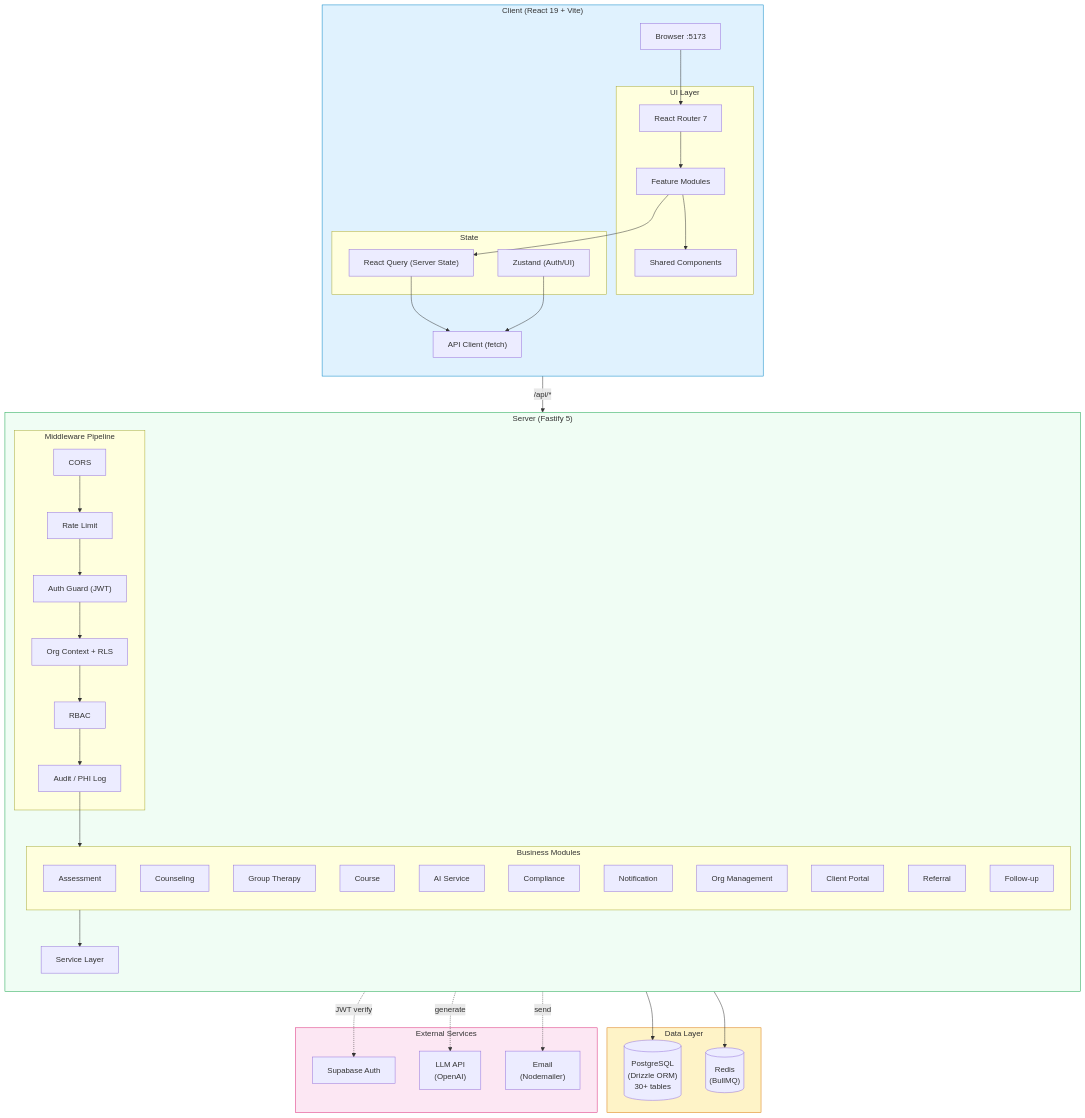
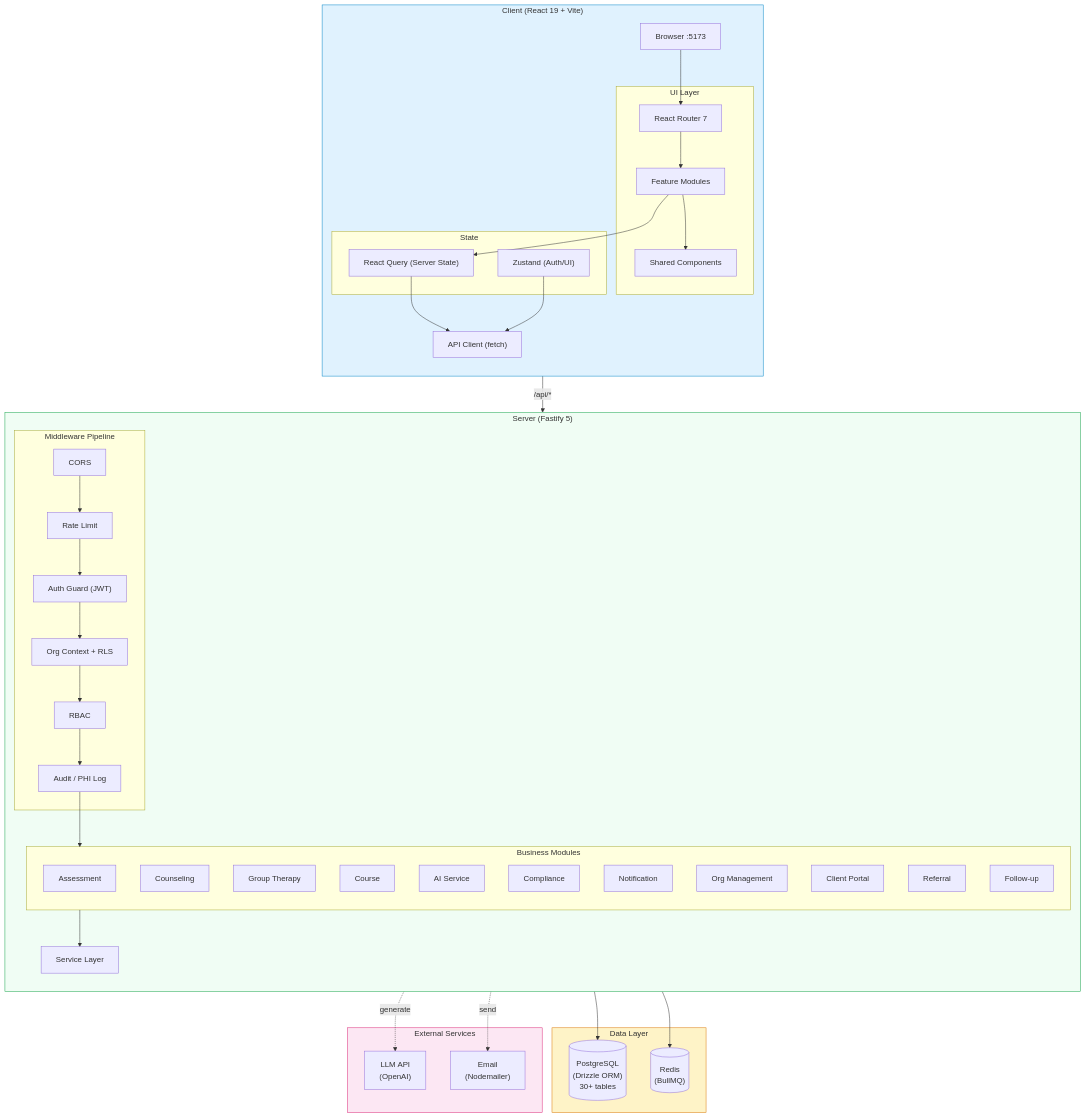
The first of 6 diagrams in docs/architecture.md (BABY-H1/psynote), drawn with Mermaid before and after one commit. The commit also changed other lines of this file and 1 other file, not shown here.

Commit message:
docs(architecture): system-design.md 详细版 + 清理 architecture.md 残留 Supabase 引用
历史 architecture.md 是 Q1 之前画的, 已过时 ("30+ tables" 实际 75 / 提到
Supabase Auth 但项目早已迁回自建 JWT). 完整重写整理在新文档.

新增 docs/architecture/system-design.md (913 行):
- 全栈架构 (4 层) + ASCII 图
- OrgType 矩阵 + 横向平台 4 条架构原则 (psynote 是面向心理服务单位的横向
  平台, 不只是咨询机构 SaaS)
- 75 张表全列 + 按 16 个域分组
- 28 个 server module / 33 个 AI pipeline / 26 个 server 模块
- 角色 V2 模型 (5 OrgType × N roles + Principal class)
- 跨切关注点 (PHI 留痕 / AI 水印 / 审计 / 数据范围)
- 4 个端到端流程图 (主链路 / 危机处置 / 家长绑定 / 转介双向)
- 已知工程债 / 单一事实源指引

更新 docs/architecture.md:
- 删 mermaid External 子图里的 Supabase Auth 节点 + Auth→Supabase 连线
- tech stack 表 Auth 行: "Supabase Auth (JWT)" → "自建 JWT (bcrypt + jsonwebtoken)"
- (与 server/src/db/migrations/006-self-auth.ts 实际状态对齐)

旧 architecture.md 暂保留 (作为历史 mermaid 视图), 新文档顶部声明 single
source of truth.

````diff
--- a/docs/architecture.md
+++ b/docs/architecture.md
@@ -5,79 +5,77 @@
 ```mermaid
 graph TB
     subgraph Client["Client (React 19 + Vite)"]
         direction TB
         Browser["Browser :5173"]
         subgraph UI["UI Layer"]
             Router["React Router 7"]
             Features["Feature Modules"]
             Shared["Shared Components"]
         end
         subgraph ClientState["State"]
             Zustand["Zustand (Auth/UI)"]
             RQ["React Query (Server State)"]
         end
         ApiClient["API Client (fetch)"]
     end
 
     subgraph Server["Server (Fastify 5)"]
         direction TB
         subgraph Middleware["Middleware Pipeline"]
             CORS["CORS"]
             RateLimit["Rate Limit"]
             Auth["Auth Guard (JWT)"]
             OrgCtx["Org Context + RLS"]
             RBAC["RBAC"]
             Audit["Audit / PHI Log"]
         end
         subgraph Modules["Business Modules"]
             Assessment["Assessment"]
             Counseling["Counseling"]
             Group["Group Therapy"]
             Course["Course"]
             AI["AI Service"]
             Compliance["Compliance"]
             Notification["Notification"]
             OrgMod["Org Management"]
             ClientPortal["Client Portal"]
             Referral["Referral"]
             FollowUp["Follow-up"]
         end
         Services["Service Layer"]
     end
 
     subgraph Data["Data Layer"]
         PG[("PostgreSQL\n(Drizzle ORM)\n30+ tables")]
         Redis[("Redis\n(BullMQ)")]
     end
 
     subgraph External["External Services"]
-        Supabase["Supabase Auth"]
         LLM["LLM API\n(OpenAI)"]
         Email["Email\n(Nodemailer)"]
     end
 
     Browser --> Router
     Router --> Features
     Features --> Shared
     Features --> RQ
     RQ --> ApiClient
     Zustand --> ApiClient
     ApiClient -->|"/api/*"| CORS
     CORS --> RateLimit
     RateLimit --> Auth
     Auth --> OrgCtx
     OrgCtx --> RBAC
     RBAC --> Audit
     Audit --> Modules
     Modules --> Services
     Services --> PG
     Services --> Redis
-    Auth -.->|JWT verify| Supabase
     AI -.->|generate| LLM
     Notification -.->|send| Email
 
     style Client fill:#e0f2fe,stroke:#0284c7
     style Server fill:#f0fdf4,stroke:#16a34a
     style Data fill:#fef3c7,stroke:#d97706
     style External fill:#fce7f3,stroke:#db2777
 ```
````
